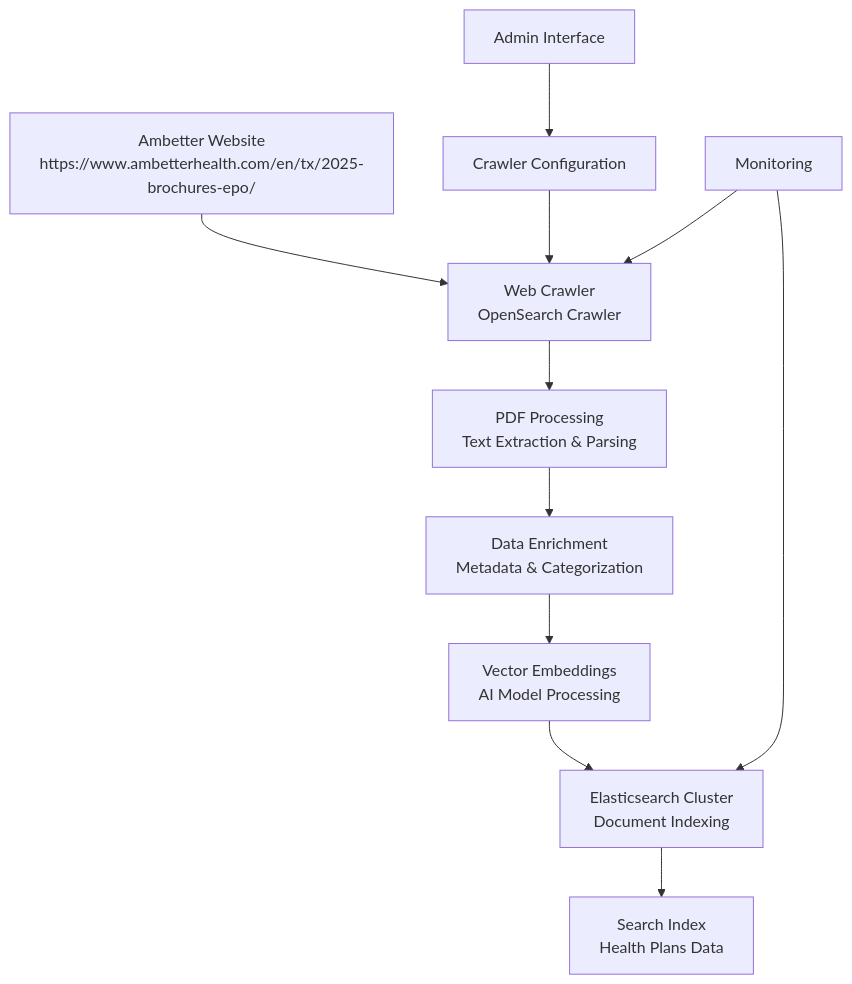
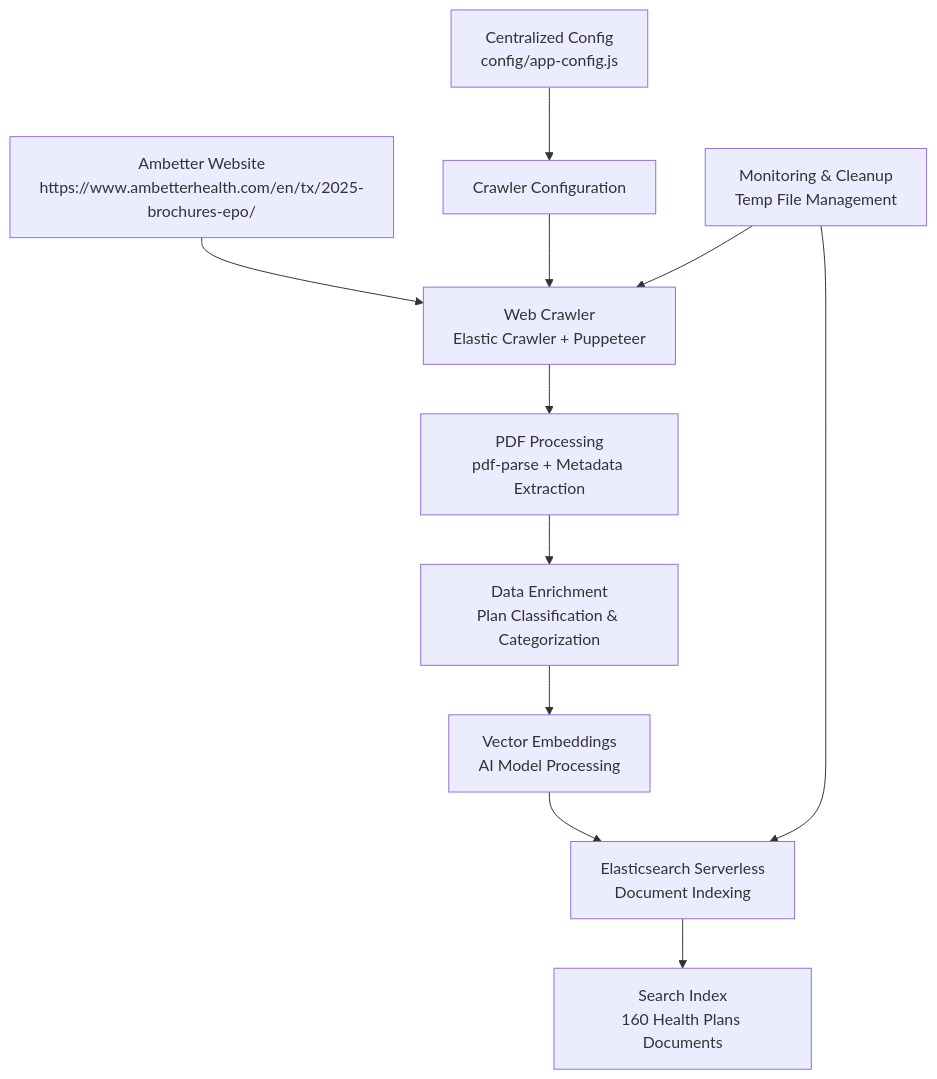
Before and after one commit to bommas/ambetter-project: the third of 6 diagrams in PROJECT_REQUIREMENTS.md, drawn with Mermaid. The commit also changed other lines of this file and 2 other files, not shown here.

````diff
--- a/PROJECT_REQUIREMENTS.md
+++ b/PROJECT_REQUIREMENTS.md
@@ -93,15 +111,15 @@
 ```mermaid
 graph TB
-    A[Ambetter Website<br/>https://www.ambetterhealth.com/en/tx/2025-brochures-epo/] --> B[Web Crawler<br/>OpenSearch Crawler]
-    B --> C[PDF Processing<br/>Text Extraction & Parsing]
-    C --> D[Data Enrichment<br/>Metadata & Categorization]
+    A[Ambetter Website<br/>https://www.ambetterhealth.com/en/tx/2025-brochures-epo/] --> B[Web Crawler<br/>Elastic Crawler + Puppeteer]
+    B --> C[PDF Processing<br/>pdf-parse + Metadata Extraction]
+    C --> D[Data Enrichment<br/>Plan Classification & Categorization]
     D --> E[Vector Embeddings<br/>AI Model Processing]
-    E --> F[Elasticsearch Cluster<br/>Document Indexing]
-    F --> G[Search Index<br/>Health Plans Data]
+    E --> F[Elasticsearch Serverless<br/>Document Indexing]
+    F --> G[Search Index<br/>160 Health Plans Documents]
     
-    H[Admin Interface] --> I[Crawler Configuration]
+    H[Centralized Config<br/>config/app-config.js] --> I[Crawler Configuration]
     I --> B
     
-    J[Monitoring] --> F
+    J[Monitoring & Cleanup<br/>Temp File Management] --> F
     J --> B
 ```
````
